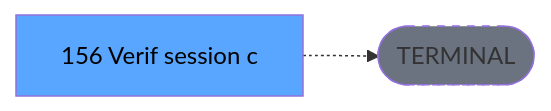
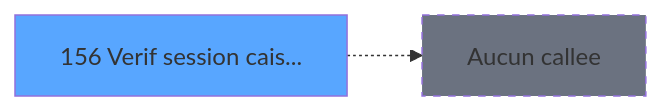
The third of 3 diagrams in .openspec/specs/ADH-IDE-156.md (thonyAGP/magic-migration), drawn with Mermaid before and after one commit. The commit also changed other lines of this file and 311 other files, not shown here.

````diff
--- a/.openspec/specs/ADH-IDE-156.md
+++ b/.openspec/specs/ADH-IDE-156.md
@@ -138,8 +198,8 @@
 ```mermaid
 graph LR
-    T[156 Verif session c]
-    TERM([TERMINAL])
-    T -.-> TERM
-    style TERM fill:#6b7280,stroke-dasharray: 5 5
-    style T fill:#58a6ff,color:#000
+    T156[156 Verif session cais...]
+    style T156 fill:#58a6ff
+    NONE[Aucun callee]
+    T156 -.-> NONE
+    style NONE fill:#6b7280,stroke-dasharray: 5 5
 ```
````
